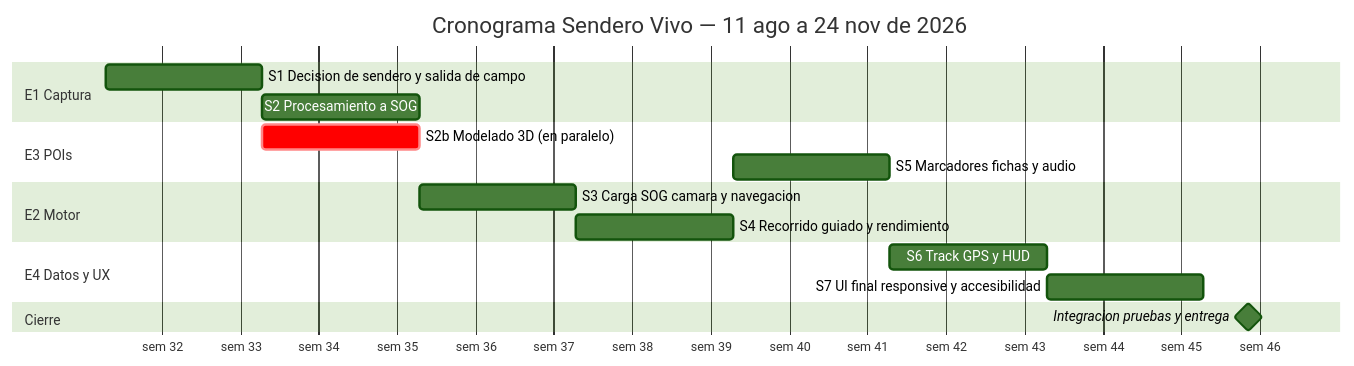
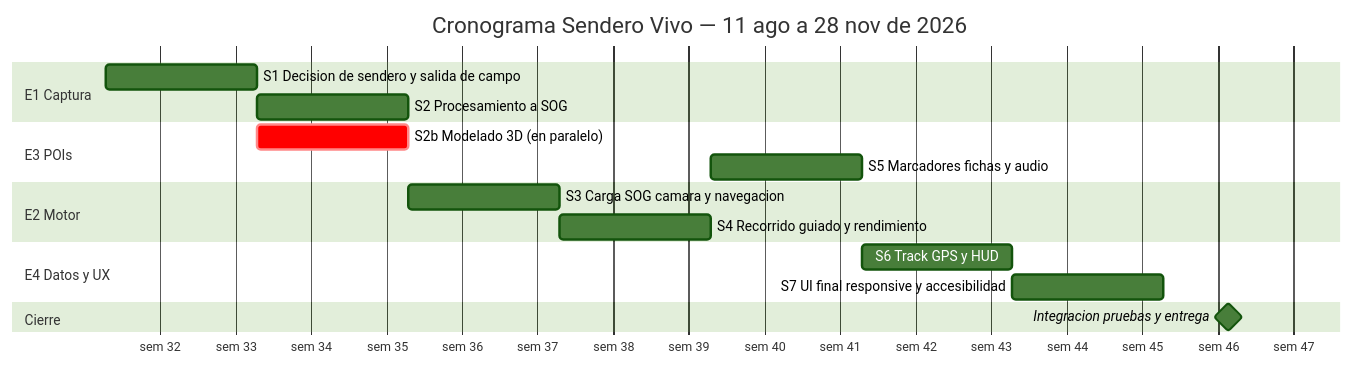
One commit to JuanUrrego146/SenderoVivo changed the diagram in docs/04-actividades-y-roles.md. Above: the diagram before and after it, drawn with Mermaid (forest theme). The commit also changed other lines of this file and 8 other files, not shown here.

````diff
--- a/docs/04-actividades-y-roles.md
+++ b/docs/04-actividades-y-roles.md
@@ -56,25 +56,25 @@
 ```mermaid
 gantt
-    title Cronograma Sendero Vivo — 11 ago a 24 nov de 2026
+    title Cronograma Sendero Vivo — 11 ago a 28 nov de 2026
     dateFormat YYYY-MM-DD
     axisFormat sem %W
 
     section E1 Captura
     S1 Decision de sendero y salida de campo   :e1s1, 2026-08-11, 14d
     S2 Procesamiento a SOG                     :e1s2, 2026-08-25, 14d
 
     section E3 POIs
     S2b Modelado 3D (en paralelo)              :crit, e3s1, 2026-08-25, 14d
     S5 Marcadores fichas y audio               :e3s2, 2026-10-06, 14d
 
     section E2 Motor
     S3 Carga SOG camara y navegacion           :e2s1, 2026-09-08, 14d
     S4 Recorrido guiado y rendimiento          :e2s2, 2026-09-22, 14d
 
     section E4 Datos y UX
     S6 Track GPS y HUD                         :e4s1, 2026-10-20, 14d
     S7 UI final responsive y accesibilidad     :e4s2, 2026-11-03, 14d
 
     section Cierre
-    Integracion pruebas y entrega              :milestone, cierre, 2026-11-17, 8d
+    Integracion pruebas y entrega              :milestone, cierre, 2026-11-17, 12d
 ```
````
